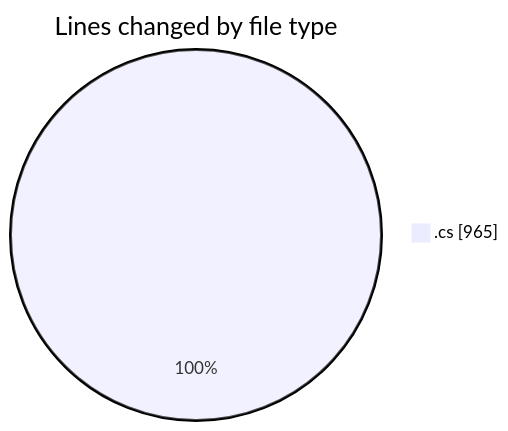
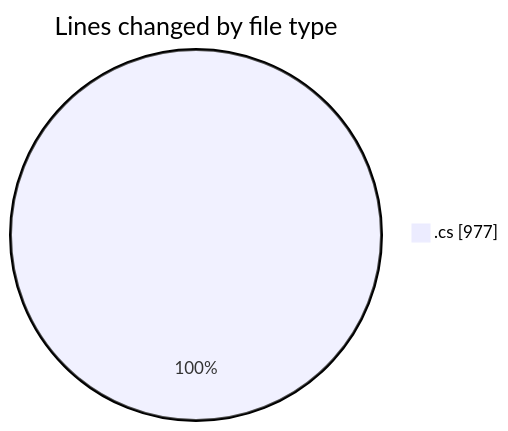
Before and after one commit to Netris89/code-tracking: the first of 2 diagrams in 2025-03-21/back-end/README.md, drawn with Mermaid. The commit also changed other lines of this file and 1 other file, not shown here.

````diff
--- a/2025-03-21/back-end/README.md
+++ b/2025-03-21/back-end/README.md
@@ -25,5 +25,5 @@
 ```mermaid
 pie showData
 title Lines changed by file type
-".cs" : 965
+".cs" : 977
 ```
````
